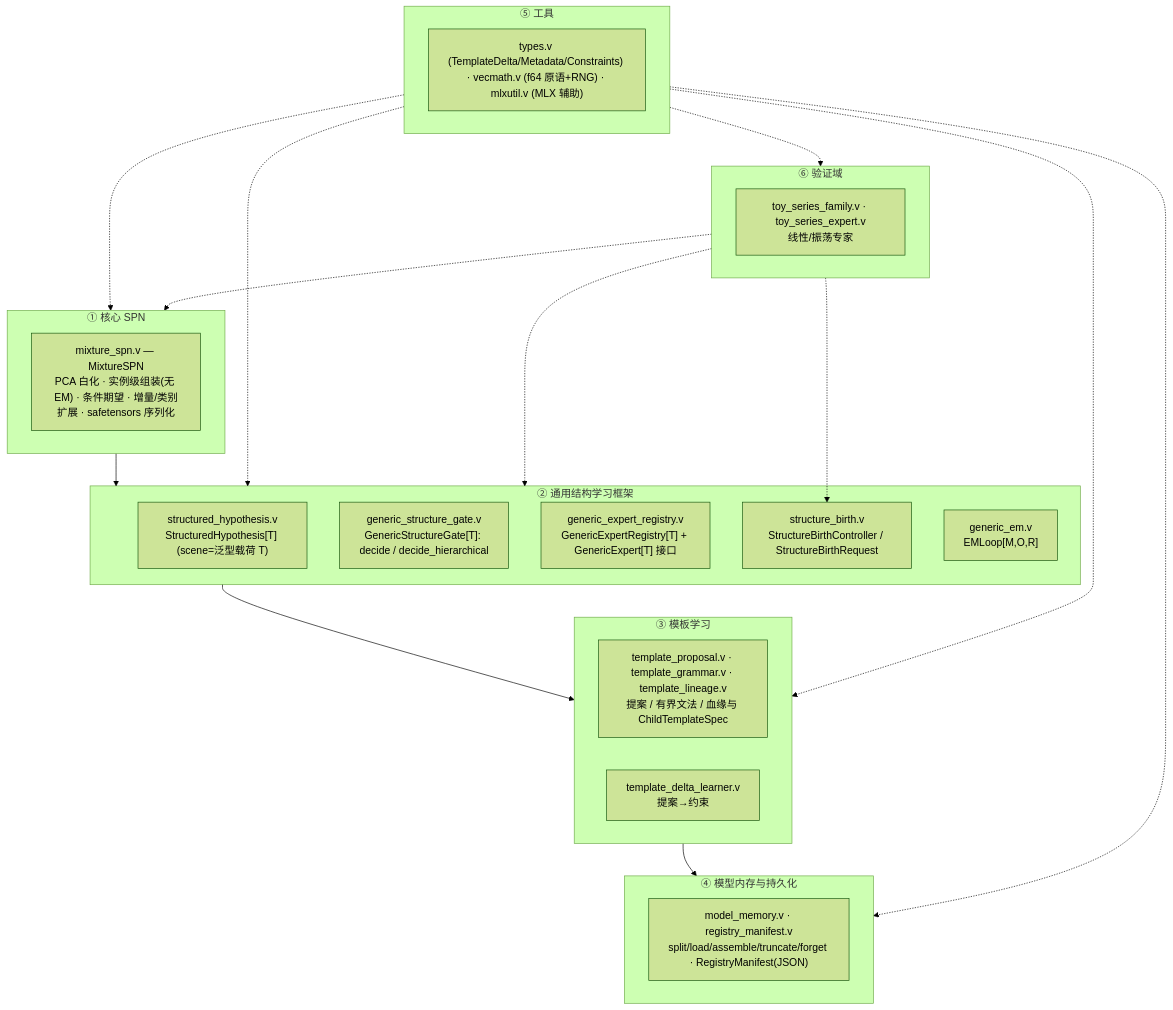
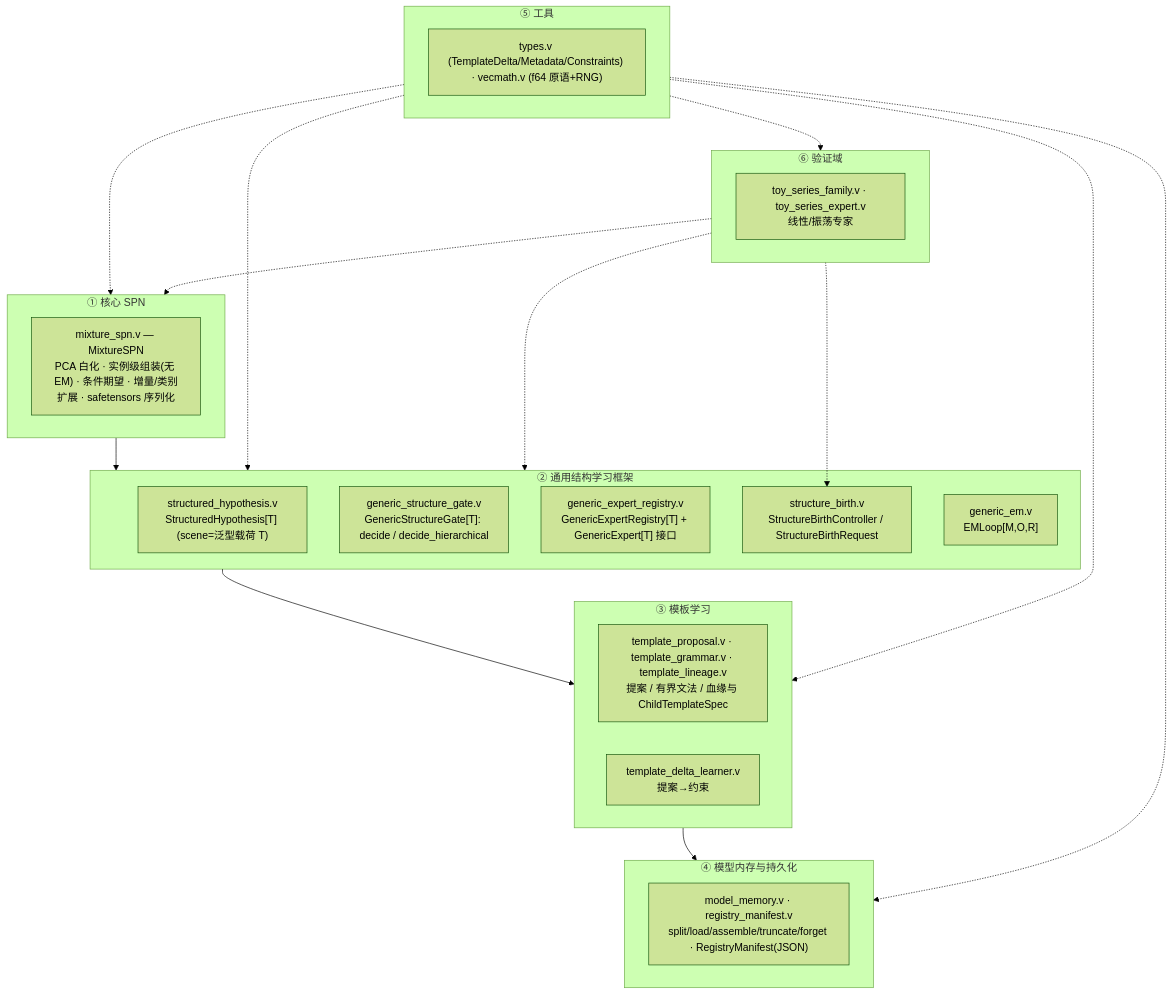
Before and after one commit to aki-xavier/conger: the first of 2 diagrams in docs/architecture.md, drawn with Mermaid (forest theme). The commit also changed other lines of this file and 3 other files, not shown here.

First line of the commit message:
Delete mlxutil.v: last helper (eigh_cpu) moved into mlx-v

````diff
--- a/docs/architecture.md
+++ b/docs/architecture.md
@@ -16,29 +16,29 @@
 ```mermaid
 flowchart TD
     subgraph L1["① 核心 SPN"]
         A["mixture_spn.v — MixtureSPN<br/>PCA 白化 · 实例级组装(无 EM) · 条件期望 · 增量/类别扩展 · safetensors 序列化"]
     end
     subgraph L2["② 通用结构学习框架"]
         B["structured_hypothesis.v<br/>StructuredHypothesis[T] (scene=泛型载荷 T)"]
         C["generic_structure_gate.v<br/>GenericStructureGate[T]: decide / decide_hierarchical"]
         D["generic_expert_registry.v<br/>GenericExpertRegistry[T] + GenericExpert[T] 接口"]
         E["structure_birth.v<br/>StructureBirthController / StructureBirthRequest"]
         F["generic_em.v<br/>EMLoop[M,O,R]"]
     end
     subgraph L3["③ 模板学习"]
         G["template_proposal.v · template_grammar.v · template_lineage.v<br/>提案 / 有界文法 / 血缘与 ChildTemplateSpec"]
         H["template_delta_learner.v<br/>提案→约束"]
     end
     subgraph L4["④ 模型内存与持久化"]
         I["model_memory.v · registry_manifest.v<br/>split/load/assemble/truncate/forget · RegistryManifest(JSON)"]
     end
     subgraph L5["⑤ 工具"]
-        J["types.v (TemplateDelta/Metadata/Constraints) · vecmath.v (f64 原语+RNG) · mlxutil.v (MLX 辅助)"]
+        J["types.v (TemplateDelta/Metadata/Constraints) · vecmath.v (f64 原语+RNG)"]
     end
     subgraph L6["⑥ 验证域"]
         K["toy_series_family.v · toy_series_expert.v<br/>线性/振荡专家"]
     end
     L1 --> L2 --> L3 --> L4
     L5 -.-> L1 & L2 & L3 & L4 & L6
     L6 -.-> L1 & L2 & E
 ```
````
